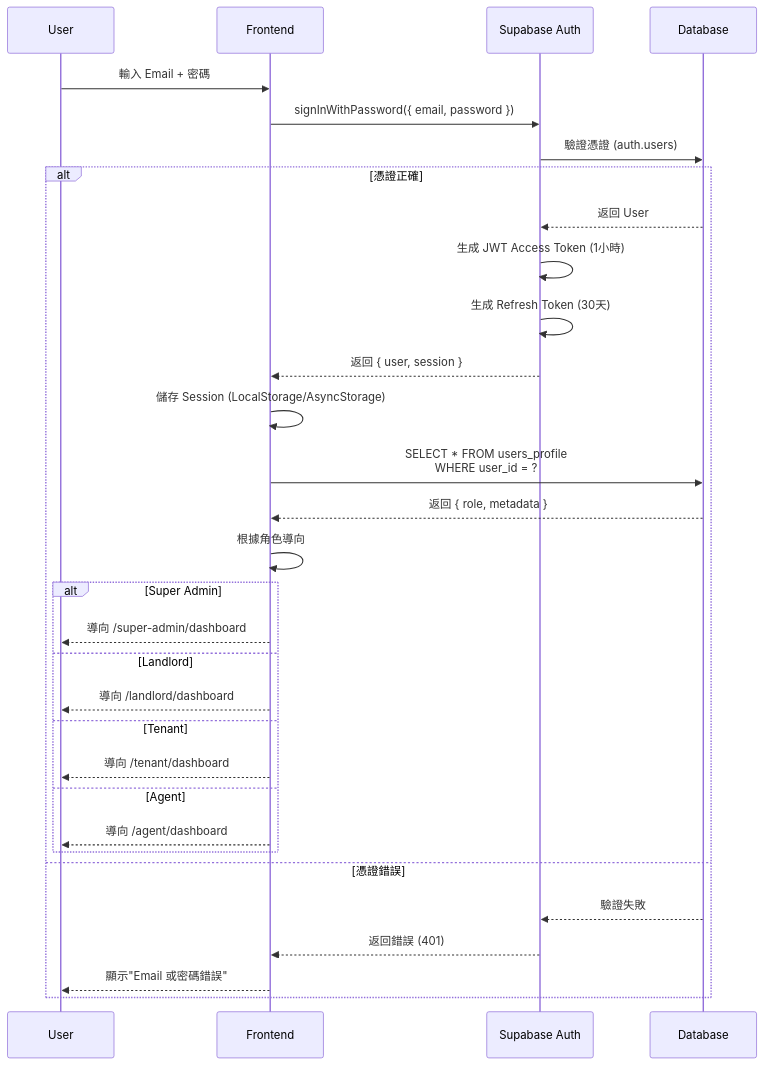
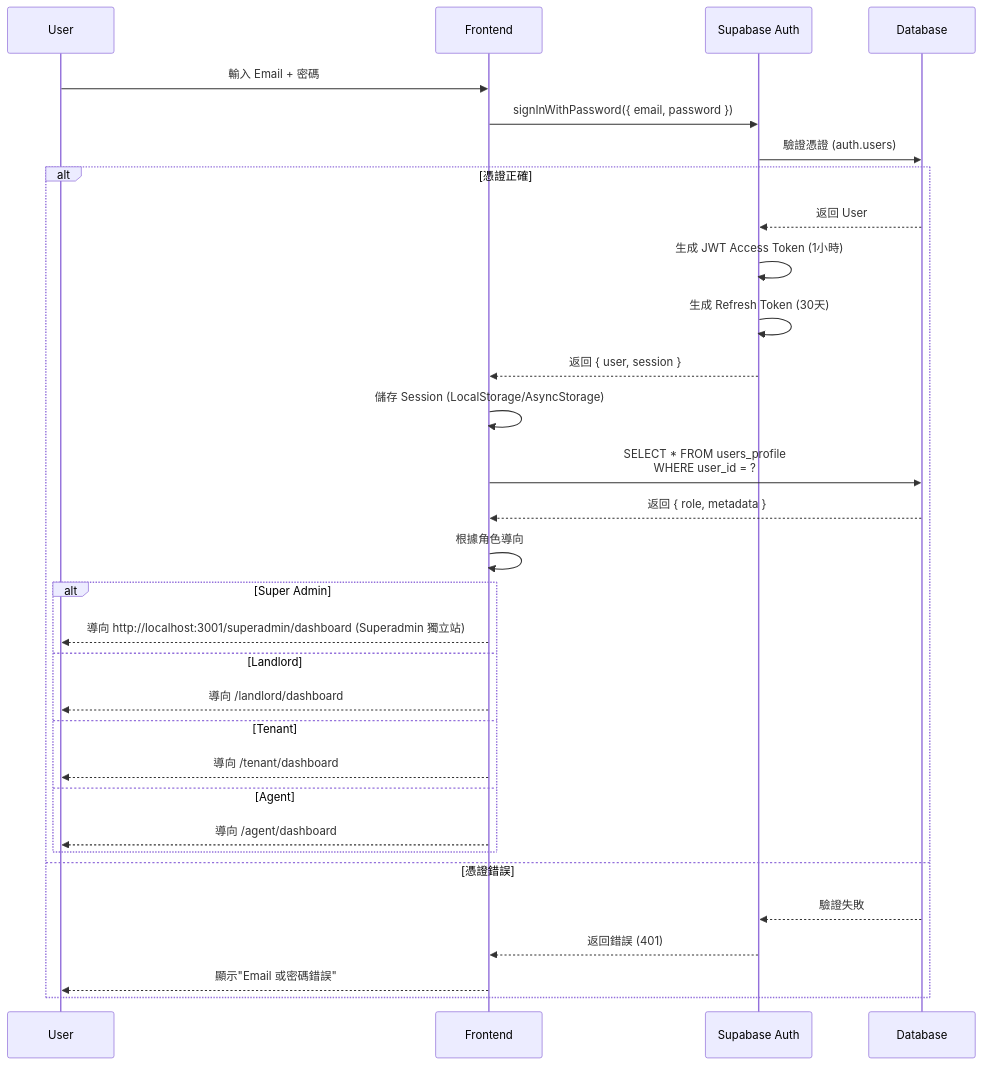
The second of 4 diagrams in docs/technical-selection/auth-system-architecture.md (jason660519/Owner-Property-Management-AI-SPA), drawn with Mermaid before and after one commit. The commit also changed 838 other files, not shown here.

````diff
--- a/docs/technical-selection/auth-system-architecture.md
+++ b/docs/technical-selection/auth-system-architecture.md
@@ -78,36 +78,36 @@
 ```mermaid
 sequenceDiagram
     participant User
     participant Frontend
     participant Supabase Auth
     participant Database
 
     User->>Frontend: 輸入 Email + 密碼
     Frontend->>Supabase Auth: signInWithPassword({ email, password })
     Supabase Auth->>Database: 驗證憑證 (auth.users)
     
     alt 憑證正確
         Database-->>Supabase Auth: 返回 User
         Supabase Auth->>Supabase Auth: 生成 JWT Access Token (1小時)
         Supabase Auth->>Supabase Auth: 生成 Refresh Token (30天)
         Supabase Auth-->>Frontend: 返回 { user, session }
         Frontend->>Frontend: 儲存 Session (LocalStorage/AsyncStorage)
         Frontend->>Database: SELECT * FROM users_profile<br/>WHERE user_id = ?
         Database-->>Frontend: 返回 { role, metadata }
         Frontend->>Frontend: 根據角色導向
         
         alt Super Admin
-            Frontend-->>User: 導向 /super-admin/dashboard
+            Frontend-->>User: 導向 http://localhost:3001/superadmin/dashboard (Superadmin 獨立站)
         else Landlord
             Frontend-->>User: 導向 /landlord/dashboard
         else Tenant
             Frontend-->>User: 導向 /tenant/dashboard
         else Agent
             Frontend-->>User: 導向 /agent/dashboard
         end
     else 憑證錯誤
         Database-->>Supabase Auth: 驗證失敗
         Supabase Auth-->>Frontend: 返回錯誤 (401)
         Frontend-->>User: 顯示"Email 或密碼錯誤"
     end
 ```
````
